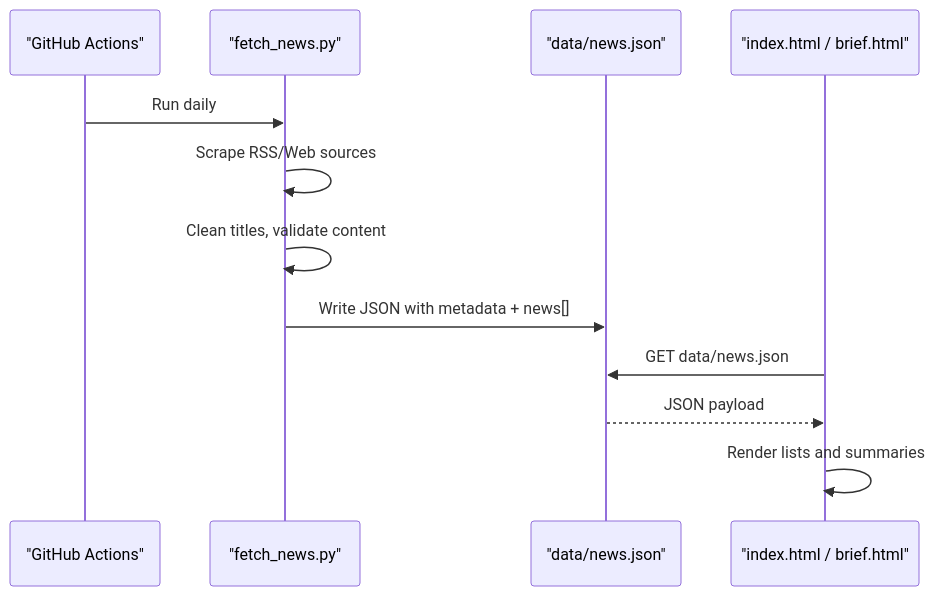
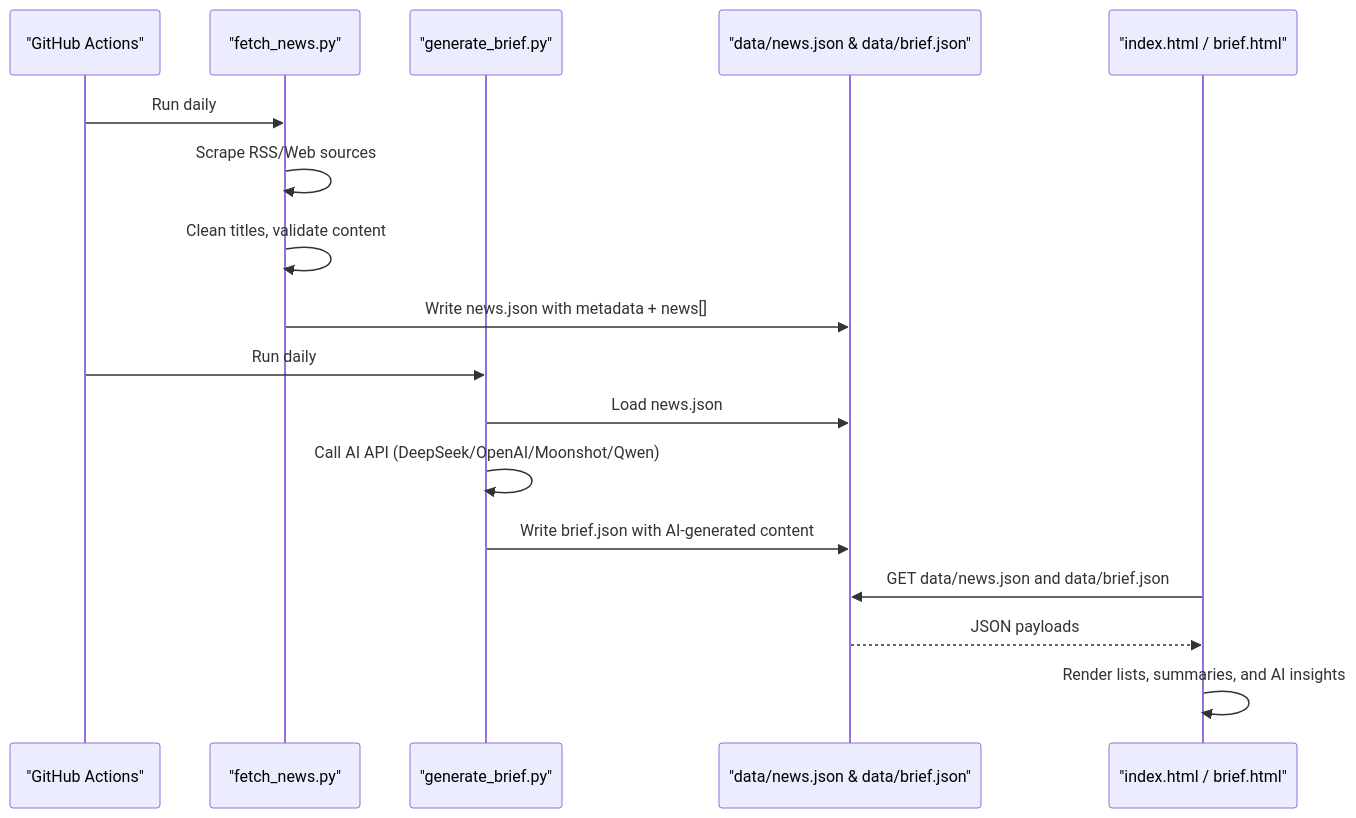
Before and after one commit to junxie01/daily_news: the second of 4 diagrams in .qoder/repowiki/en/content/Data Management.md, drawn with Mermaid. The commit also changed other lines of this file and 3 other files, not shown here.

````diff
--- a/.qoder/repowiki/en/content/Data Management.md
+++ b/.qoder/repowiki/en/content/Data Management.md
@@ -83,14 +105,19 @@
 ```mermaid
 sequenceDiagram
 participant Scheduler as "GitHub Actions"
 participant Fetcher as "fetch_news.py"
-participant Storage as "data/news.json"
+participant AIGenerator as "generate_brief.py"
+participant Storage as "data/news.json & data/brief.json"
 participant Browser as "index.html / brief.html"
 Scheduler->>Fetcher : Run daily
 Fetcher->>Fetcher : Scrape RSS/Web sources
 Fetcher->>Fetcher : Clean titles, validate content
-Fetcher->>Storage : Write JSON with metadata + news[]
-Browser->>Storage : GET data/news.json
-Storage-->>Browser : JSON payload
-Browser->>Browser : Render lists and summaries
+Fetcher->>Storage : Write news.json with metadata + news[]
+Scheduler->>AIGenerator : Run daily
+AIGenerator->>Storage : Load news.json
+AIGenerator->>AIGenerator : Call AI API (DeepSeek/OpenAI/Moonshot/Qwen)
+AIGenerator->>Storage : Write brief.json with AI-generated content
+Browser->>Storage : GET data/news.json and data/brief.json
+Storage-->>Browser : JSON payloads
+Browser->>Browser : Render lists, summaries, and AI insights
 ```
````
